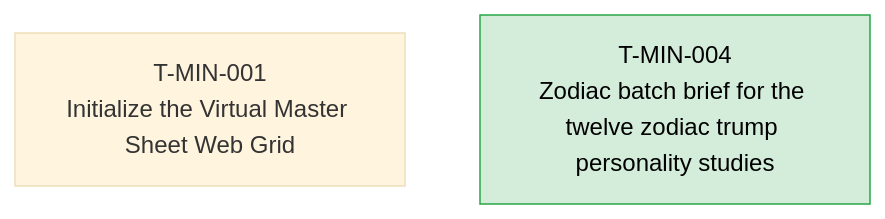
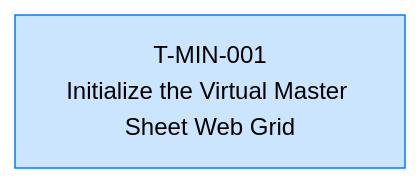
Before and after one commit to wgmilleriii/task_coordinator: the diagram in TASKS.md, drawn with Mermaid (base theme). The commit also changed other lines of this file and 2 other files, not shown here.

Commit message:
Claim T-MIN-001 for Worker-1

````diff
--- a/TASKS.md
+++ b/TASKS.md
@@ -7,9 +7,8 @@
 ```mermaid
 graph TD
     classDef done fill:#d4edda,stroke:#28a745,color:#000;
     classDef blocked fill:#f8d7da,stroke:#dc3545,color:#000;
     classDef review fill:#fff3cd,stroke:#ffc107,color:#000;
     classDef active fill:#cce5ff,stroke:#007bff,color:#000;
-    T-MIN-001["T-MIN-001<br/>Initialize the Virtual Master Sheet Web Grid"]
-    T-MIN-004["T-MIN-004<br/>Zodiac batch brief for the twelve zodiac trump personality studies"]:::done
+    T-MIN-001["T-MIN-001<br/>Initialize the Virtual Master Sheet Web Grid"]:::active
 ```
````
